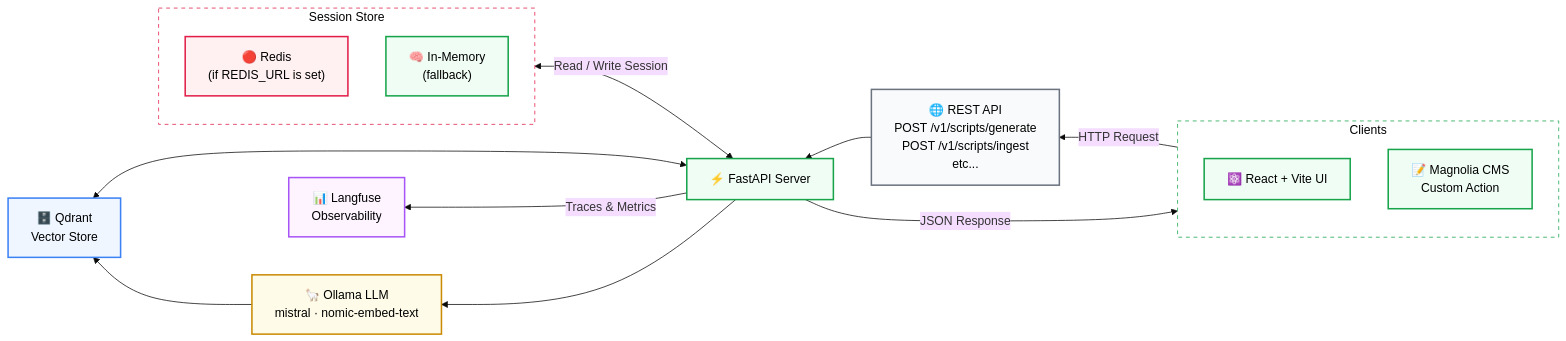
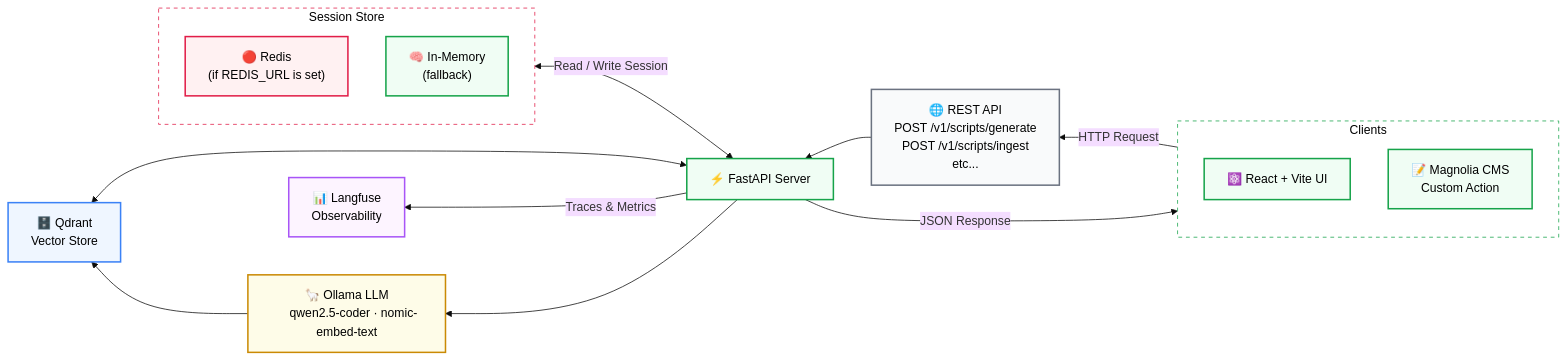
The first of 3 diagrams in README.md (kirkalyn13/mgnl-groovy-generator), drawn with Mermaid (base theme) before and after one commit. The commit also changed other lines of this file, not shown here.

Commit message:
docs(llm): mistral to qwen2.5-coder:7bollama

````diff
--- a/README.md
+++ b/README.md
@@ -53,45 +53,45 @@
 ```mermaid
 flowchart RL
 
     subgraph CLIENTS["Clients"]
         direction TB
         REACT["⚛️   React + Vite UI"]
         MAGNOLIA["📝 Magnolia CMS
         Custom Action"]
     end
 
     subgraph SESSION["Session Store"]
         direction TB
         REDIS["🔴 Redis
         (if REDIS_URL is set)"]
         MEMORY["🧠 In-Memory
         (fallback)"]
     end
 
     CLIENTS -->|"HTTP Request"| REST["🌐 REST API
     POST /v1/scripts/generate
     POST /v1/scripts/ingest"
     etc...]
     REST --> FASTAPI["⚡ FastAPI Server"]
     FASTAPI --> OLLAMA["🦙 Ollama LLM
-    mistral · nomic-embed-text"]
+    qwen2.5-coder · nomic-embed-text"]
     FASTAPI <--> QDRANT["🗄️ Qdrant
     Vector Store"]
     OLLAMA --> QDRANT
     FASTAPI -->|"JSON Response"| CLIENTS
     FASTAPI -->|"Traces & Metrics"| LANGFUSE["📊 Langfuse
     Observability"]
     FASTAPI <-->|"Read / Write Session"| SESSION
 
     style REACT fill:#f0fdf4,stroke:#16a34a,stroke-width:2px,color:#000000
     style MAGNOLIA fill:#f0fdf4,stroke:#16a34a,stroke-width:2px,color:#000000
     style CLIENTS fill:#ffffff,stroke:#16a34a,stroke-width:1px,stroke-dasharray:5,color:#000000
     style REST fill:#f9fafb,stroke:#6b7280,stroke-width:2px,color:#000000
     style FASTAPI fill:#f0fdf4,stroke:#16a34a,stroke-width:2px,color:#000000
     style OLLAMA fill:#fefce8,stroke:#ca8a04,stroke-width:2px,color:#000000
     style QDRANT fill:#eff6ff,stroke:#3b82f6,stroke-width:2px,color:#000000
     style LANGFUSE fill:#fdf4ff,stroke:#a855f7,stroke-width:2px,color:#000000
     style REDIS fill:#fff1f2,stroke:#e11d48,stroke-width:2px,color:#000000
     style MEMORY fill:#f0fdf4,stroke:#16a34a,stroke-width:2px,color:#000000
     style SESSION fill:#ffffff,stroke:#e11d48,stroke-width:1px,stroke-dasharray:5,color:#000000
 ```
````
